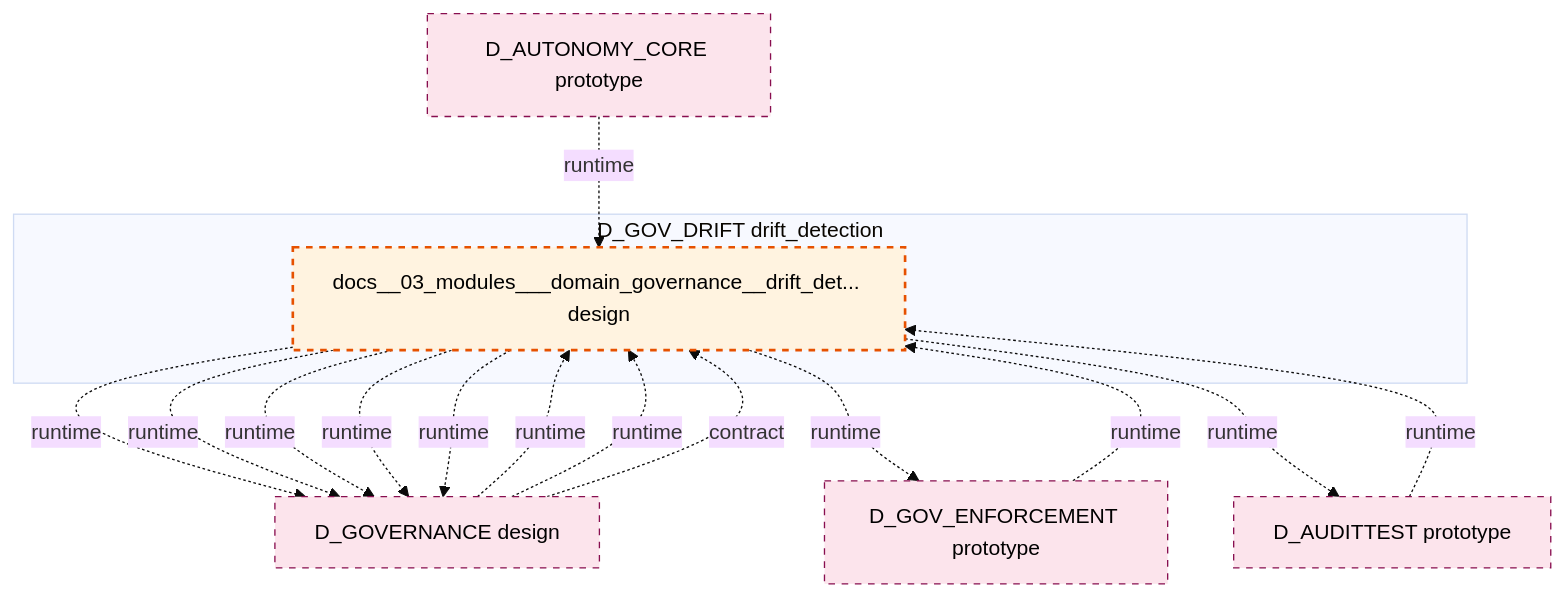
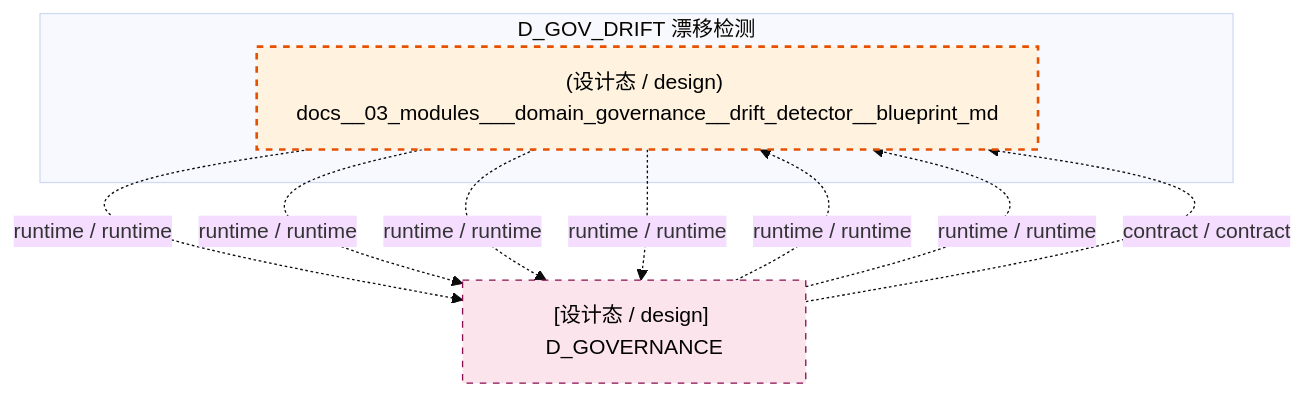
The diagram in docs/02_enterprise_architecture/02_domain_architecture_docs/34_d_gov_drift.md (xuanFelixVan/ZephyrAlpha), drawn with Mermaid (base theme) before and after one commit. The commit also changed other lines of this file and 100 other files, not shown here.

````diff
--- a/docs/02_enterprise_architecture/02_domain_architecture_docs/34_d_gov_drift.md
+++ b/docs/02_enterprise_architecture/02_domain_architecture_docs/34_d_gov_drift.md
@@ -47,29 +49,20 @@
 ```mermaid
 graph TD
-    subgraph D_GOV_DRIFT["D_GOV_DRIFT drift_detection"]
-        docs_03_modules_domain_governance_drift_detector_blueprint_md["docs__03_modules___domain_governance__drift_det... design"]
+    subgraph D_GOV_DRIFT["D_GOV_DRIFT 漂移检测"]
+        docs_03_modules_domain_governance_drift_detector_blueprint_md["(设计态 / design) docs__03_modules___domain_governance__drift_detector__blueprint_md"]
     end
-    D_GOVERNANCE["D_GOVERNANCE design"]
-    docs_03_modules_domain_governance_drift_detector_blueprint_md -.->|runtime| D_GOVERNANCE
-    docs_03_modules_domain_governance_drift_detector_blueprint_md -.->|runtime| D_GOVERNANCE
-    D_GOV_ENFORCEMENT["D_GOV_ENFORCEMENT prototype"]
-    docs_03_modules_domain_governance_drift_detector_blueprint_md -.->|runtime| D_GOV_ENFORCEMENT
-    D_AUDITTEST["D_AUDITTEST prototype"]
-    docs_03_modules_domain_governance_drift_detector_blueprint_md -.->|runtime| D_AUDITTEST
-    docs_03_modules_domain_governance_drift_detector_blueprint_md -.->|runtime| D_GOVERNANCE
-    docs_03_modules_domain_governance_drift_detector_blueprint_md -.->|runtime| D_GOVERNANCE
-    docs_03_modules_domain_governance_drift_detector_blueprint_md -.->|runtime| D_GOVERNANCE
-    D_GOV_ENFORCEMENT -.->|runtime| docs_03_modules_domain_governance_drift_detector_blueprint_md
-    D_GOVERNANCE -.->|runtime| docs_03_modules_domain_governance_drift_detector_blueprint_md
-    D_GOVERNANCE -.->|runtime| docs_03_modules_domain_governance_drift_detector_blueprint_md
-    D_GOVERNANCE -.->|contract| docs_03_modules_domain_governance_drift_detector_blueprint_md
-    D_AUTONOMY_CORE["D_AUTONOMY_CORE prototype"]
-    D_AUTONOMY_CORE -.->|runtime| docs_03_modules_domain_governance_drift_detector_blueprint_md
-    D_AUDITTEST -.->|runtime| docs_03_modules_domain_governance_drift_detector_blueprint_md
+    D_GOVERNANCE["[设计态 / design] D_GOVERNANCE"]
+    docs_03_modules_domain_governance_drift_detector_blueprint_md -.->|runtime / runtime| D_GOVERNANCE
+    docs_03_modules_domain_governance_drift_detector_blueprint_md -.->|runtime / runtime| D_GOVERNANCE
+    docs_03_modules_domain_governance_drift_detector_blueprint_md -.->|runtime / runtime| D_GOVERNANCE
+    docs_03_modules_domain_governance_drift_detector_blueprint_md -.->|runtime / runtime| D_GOVERNANCE
+    D_GOVERNANCE -.->|runtime / runtime| docs_03_modules_domain_governance_drift_detector_blueprint_md
+    D_GOVERNANCE -.->|runtime / runtime| docs_03_modules_domain_governance_drift_detector_blueprint_md
+    D_GOVERNANCE -.->|contract / contract| docs_03_modules_domain_governance_drift_detector_blueprint_md
     classDef production fill:#e1f5fe,stroke:#01579b,stroke-width:2px,color:#000
     classDef design fill:#fff3e0,stroke:#e65100,stroke-width:2px,color:#000,stroke-dasharray: 5 5
     classDef external_prod fill:#e8f5e9,stroke:#1b5e20,stroke-width:1px,color:#000
     classDef external_design fill:#fce4ec,stroke:#880e4f,stroke-width:1px,color:#000,stroke-dasharray: 5 5
     class docs_03_modules_domain_governance_drift_detector_blueprint_md design
-    class D_GOVERNANCE,D_GOV_ENFORCEMENT,D_AUDITTEST,D_AUTONOMY_CORE external_design
+    class D_GOVERNANCE external_design
 ```
````
